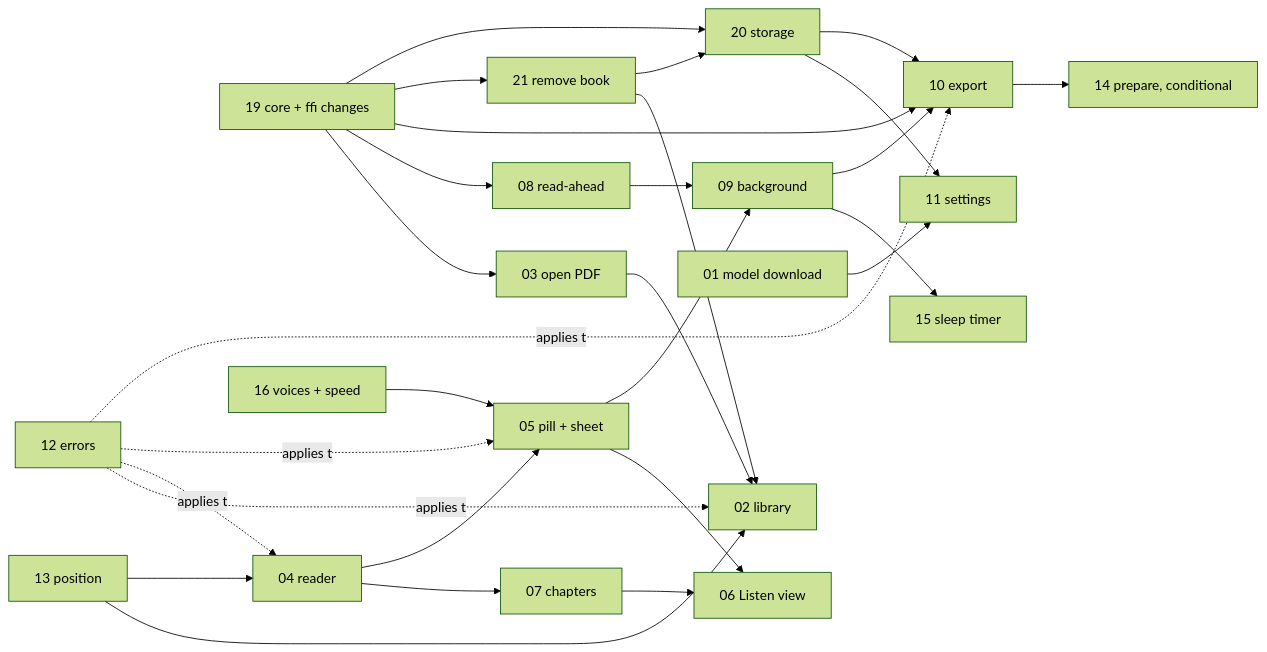
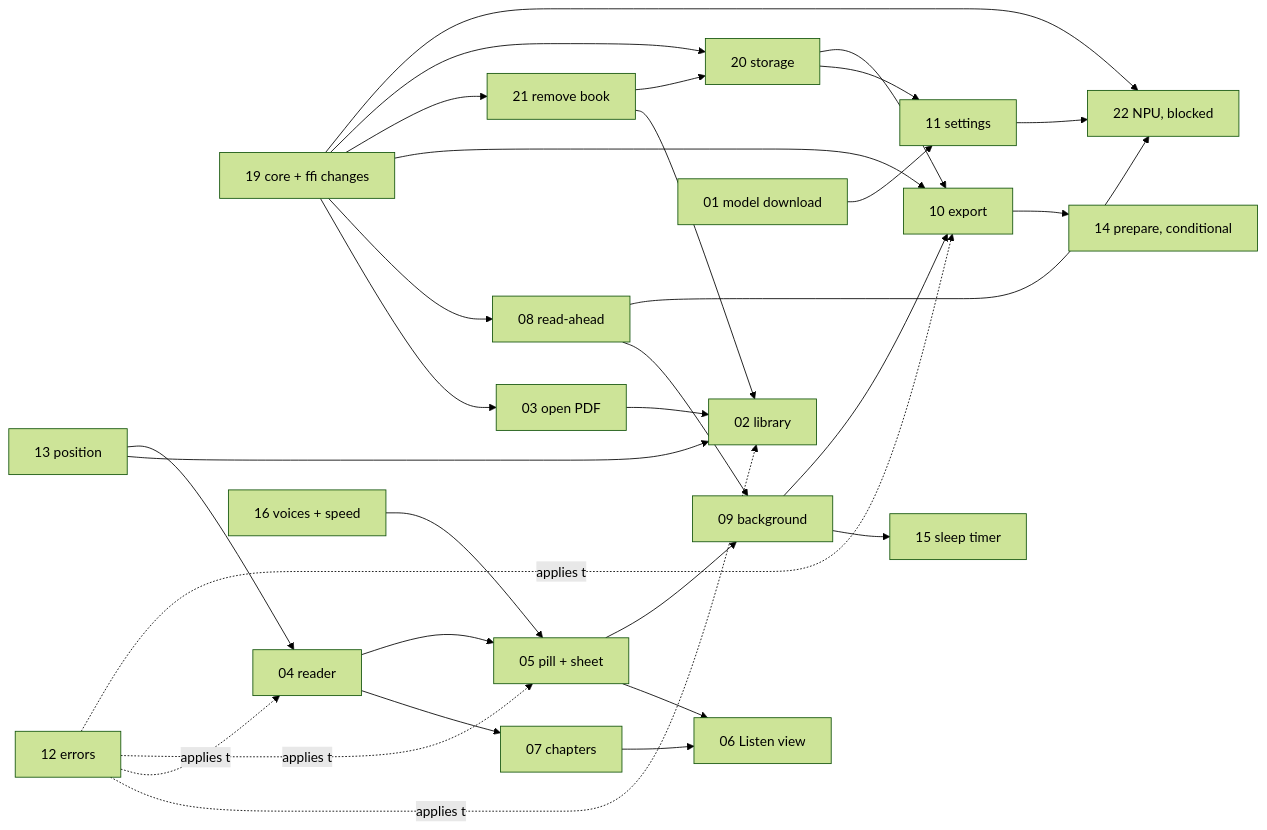
One commit to kia-salvati/lectrice changed the diagram in docs/android-logic/README.md. Above: the diagram before and after it, drawn with Mermaid (forest theme). The commit also changed other lines of this file and 53 other files, not shown here.

````diff
--- a/docs/android-logic/README.md
+++ b/docs/android-logic/README.md
@@ -61,27 +62,30 @@
 ```mermaid
 flowchart LR
   core[19 core + ffi changes] --> F03[03 open PDF]
   core --> F08[08 read-ahead]
   core --> F10[10 export]
   F03 --> F02[02 library]
   F13[13 position] --> F02
   F13 --> F04[04 reader]
   F04 --> F07[07 chapters]
   F04 --> F05[05 pill + sheet]
   F16[16 voices + speed] --> F05
   F05 --> F06[06 Listen view]
   F07 --> F06
   F08 --> F09[09 background]
   F05 --> F09
   F09 --> F15[15 sleep timer]
   F01[01 model download] --> F11[11 settings]
   F09 --> F10
   F10 --> F14[14 prepare, conditional]
   core --> F21[21 remove book]
   F21 --> F02
   core --> F20[20 storage]
   F20 --> F11
   F21 --> F20
   F20 --> F10
   F12[12 errors] -.applies to.-> F02 & F04 & F05 & F10
+  core --> F22[22 NPU, blocked]
+  F11 --> F22
+  F08 --> F22
 ```
````
